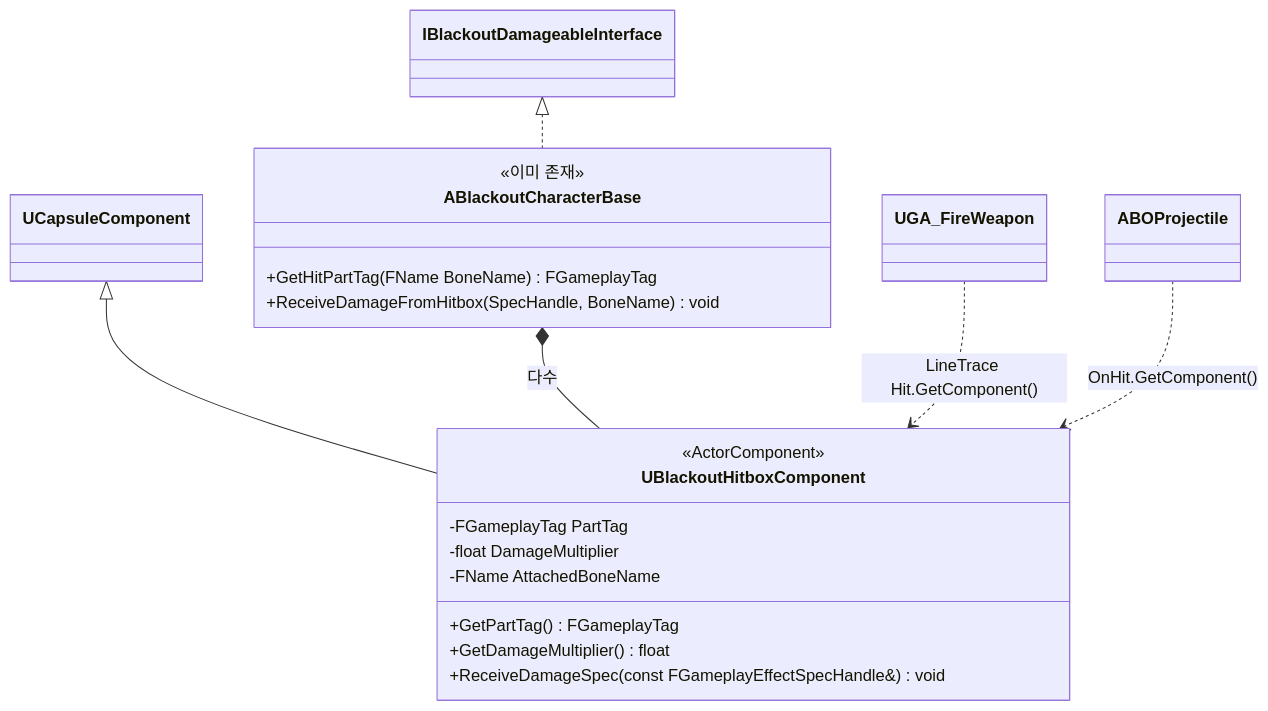
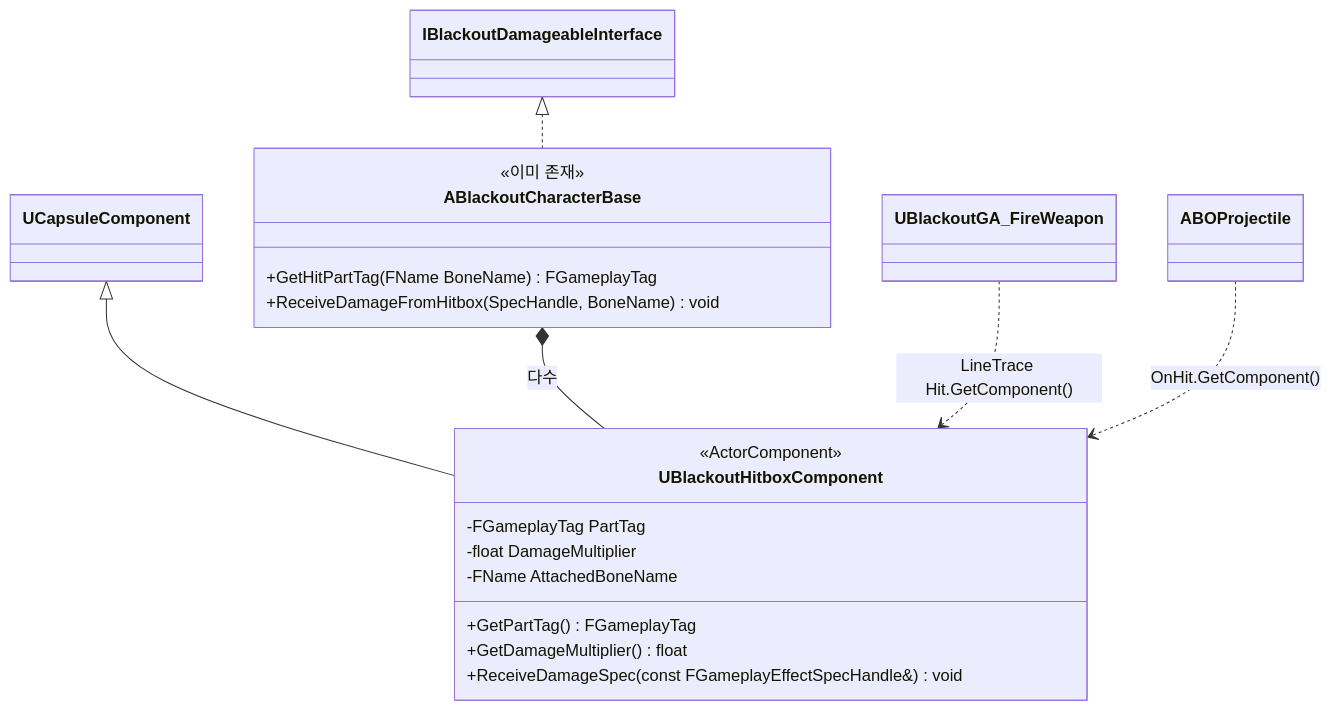
The diagram in Docs/Combat/06_Hitbox_System.md (seongwon1579/ProjectBlackout), drawn with Mermaid before and after one commit. The commit also changed 24 other files, not shown here.

Commit message:
Docs: 클래스 다이어그램 최신화

````diff
--- a/Docs/Combat/06_Hitbox_System.md
+++ b/Docs/Combat/06_Hitbox_System.md
@@ -5,28 +5,28 @@
 ```mermaid
 classDiagram
     direction TB
 
     UCapsuleComponent <|-- UBlackoutHitboxComponent
 
     class UBlackoutHitboxComponent {
         <<ActorComponent>>
         -FGameplayTag PartTag
         -float DamageMultiplier
         -FName AttachedBoneName
         +GetPartTag() FGameplayTag
         +GetDamageMultiplier() float
         +ReceiveDamageSpec(const FGameplayEffectSpecHandle&) void
     }
 
     IBlackoutDamageableInterface <|.. ABlackoutCharacterBase
     ABlackoutCharacterBase *-- UBlackoutHitboxComponent : 다수
 
     class ABlackoutCharacterBase {
         <<이미 존재>>
         +GetHitPartTag(FName BoneName) FGameplayTag
         +ReceiveDamageFromHitbox(SpecHandle, BoneName) void
     }
 
-    UGA_FireWeapon ..> UBlackoutHitboxComponent : LineTrace Hit.GetComponent()
+    UBlackoutGA_FireWeapon ..> UBlackoutHitboxComponent : LineTrace Hit.GetComponent()
     ABOProjectile ..> UBlackoutHitboxComponent : OnHit.GetComponent()
 ```
````
